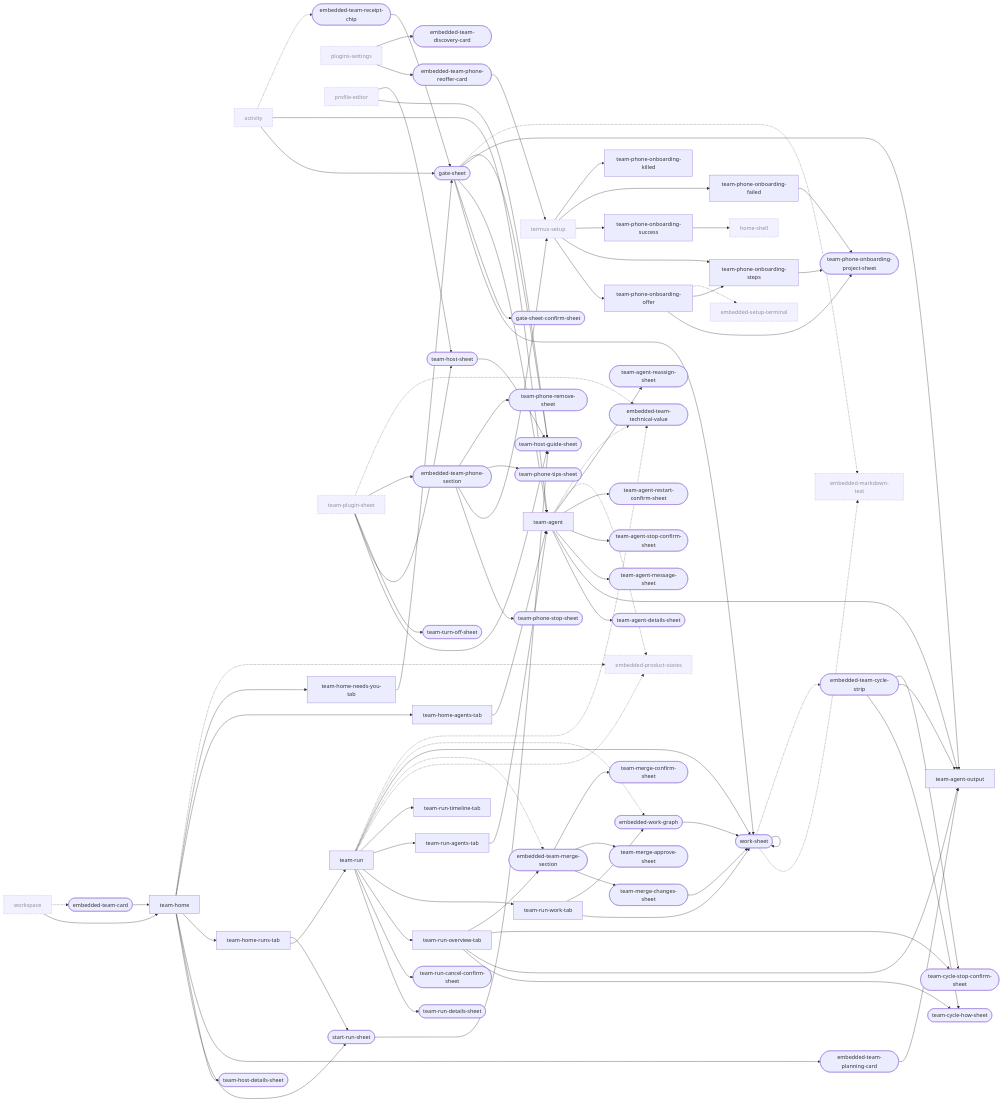
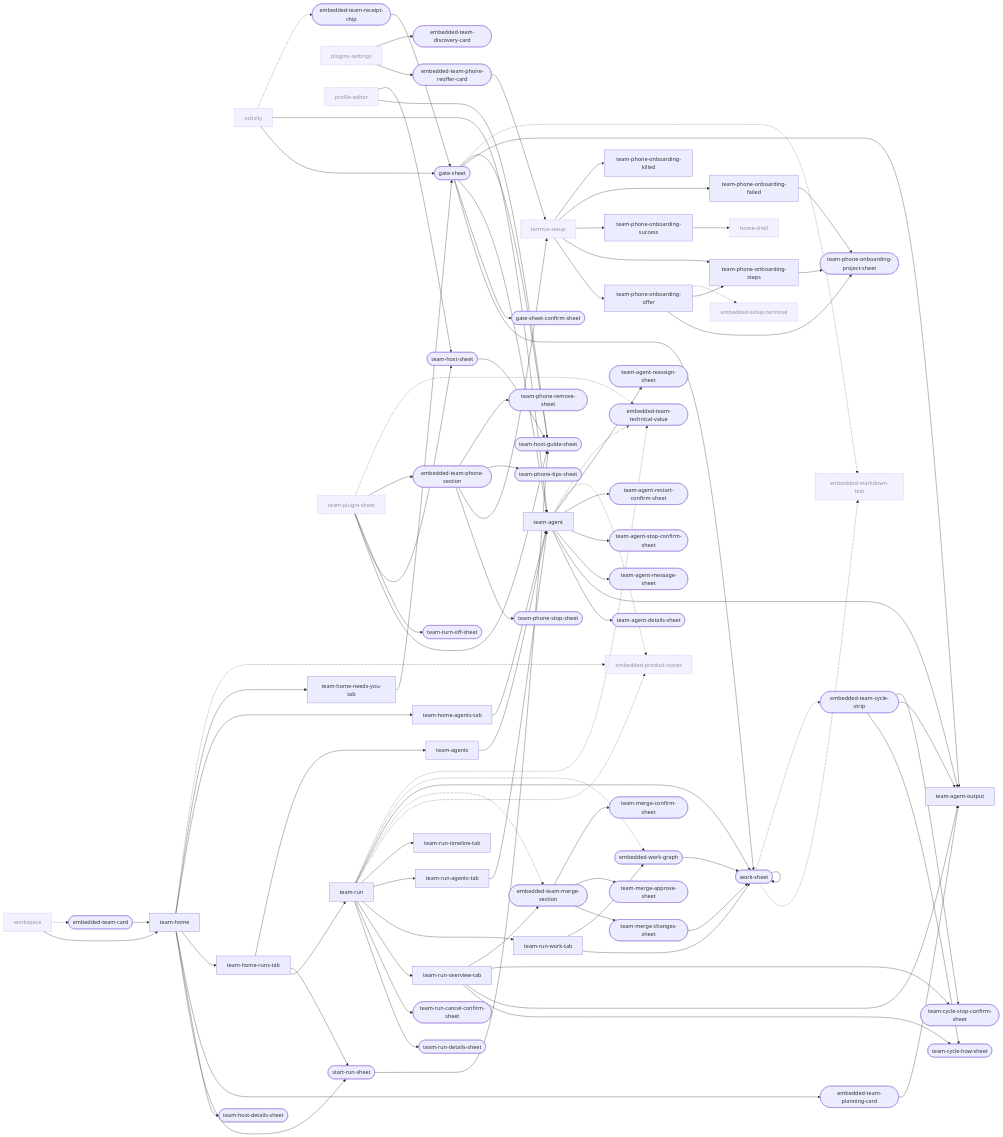
The seventh of 10 diagrams in docs/design/ui-ledger/navigation.md (Breskott/opencode-mobile-next), drawn with Mermaid before and after one commit. The commit also changed other lines of this file and 8 other files, not shown here.

```diff
--- a/docs/design/ui-ledger/navigation.md
+++ b/docs/design/ui-ledger/navigation.md
@@ -967,6 +1007,7 @@
   team_agent_reassign_sheet(["team-agent-reassign-sheet"])
   team_agent_restart_confirm_sheet(["team-agent-restart-confirm-sheet"])
   team_agent_stop_confirm_sheet(["team-agent-stop-confirm-sheet"])
+  team_agents["team-agents"]
   team_cycle_how_sheet(["team-cycle-how-sheet"])
   team_cycle_stop_confirm_sheet(["team-cycle-stop-confirm-sheet"])
   team_home["team-home"]
@@ -1010,6 +1051,7 @@
   team_home --> embedded_team_planning_card
   team_home_runs_tab --> team_run
   team_home_runs_tab --> start_run_sheet
+  team_home_runs_tab --> team_agents
   team_home_agents_tab --> team_agent
   team_home_needs_you_tab --> gate_sheet
   team_run --> team_run_details_sheet
@@ -1020,6 +1062,7 @@
   team_run_overview_tab --> embedded_team_merge_section
   team_run_work_tab --> work_sheet
   team_run_agents_tab --> team_agent
+  team_agents --> team_agent
   team_agent --> team_agent_details_sheet
   team_agent --> team_agent_output
   team_agent --> team_agent_message_sheet
```
